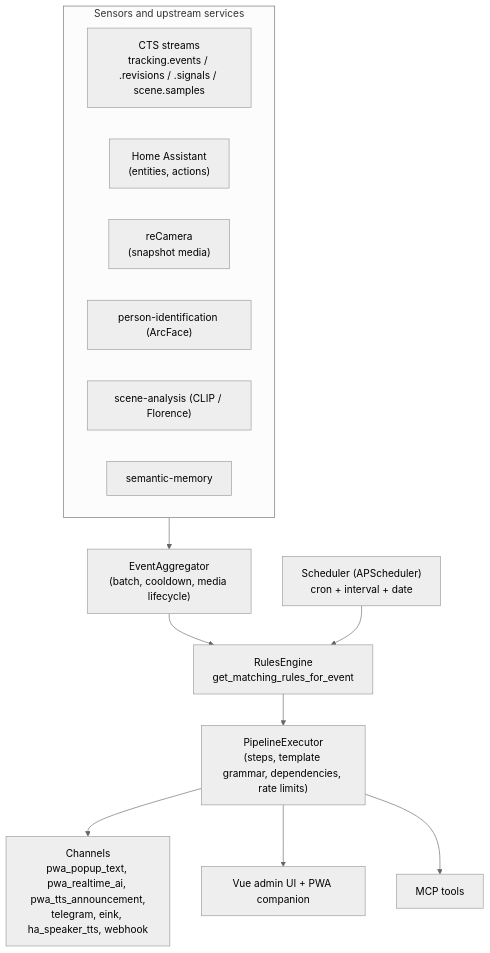
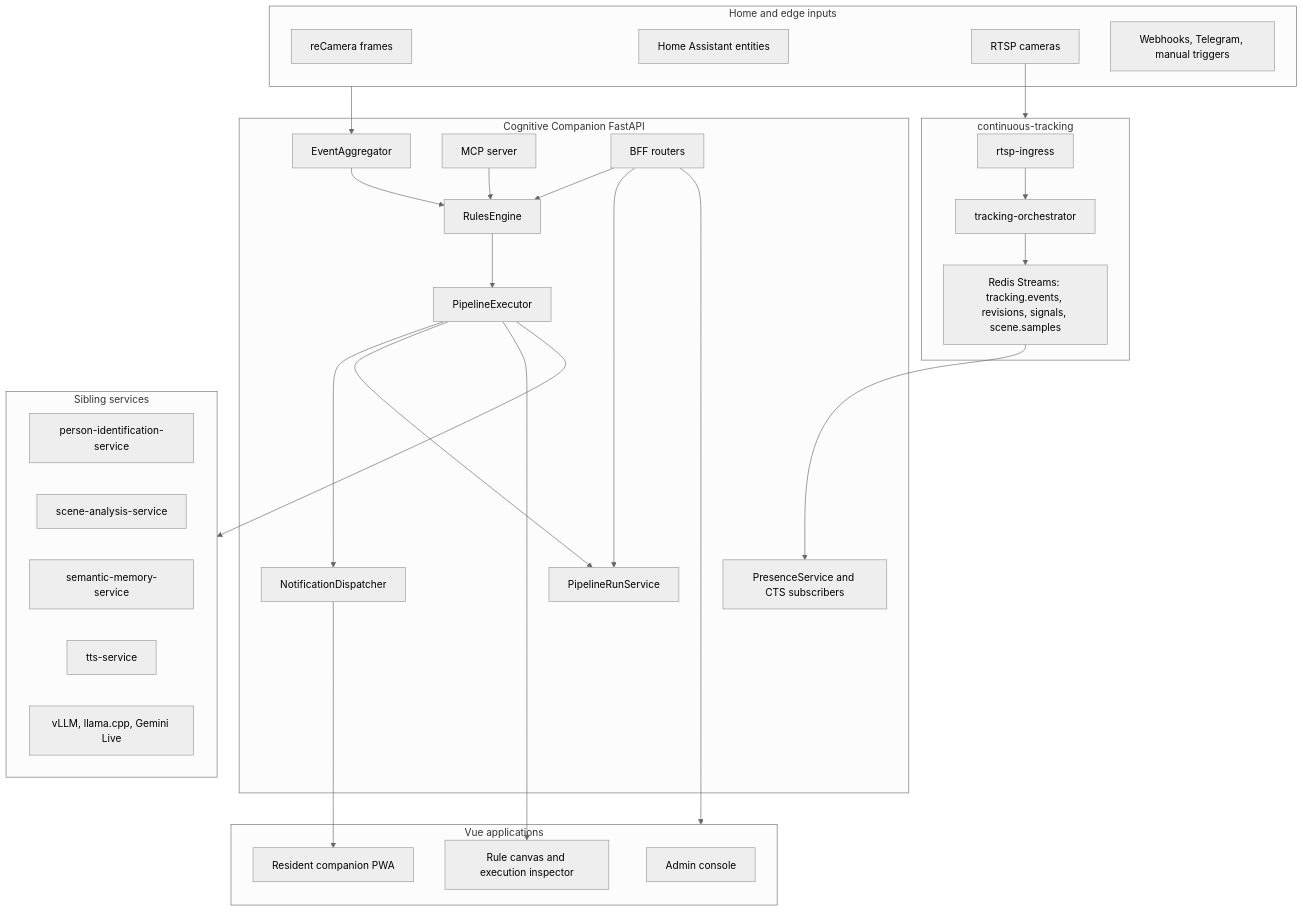
The diagram in docs/systems-architecture.md (SilverMind-Project/cognitive-companion), drawn with Mermaid (neutral theme) before and after one commit. The commit also changed other lines of this file and 176 other files, not shown here.

First line of the commit message:
Milestone M1: DAG Schema

````diff
--- a/docs/systems-architecture.md
+++ b/docs/systems-architecture.md
@@ -15,18 +9,54 @@
 ```mermaid
-flowchart TD
-  subgraph sensors["Sensors and upstream services"]
-    cts["CTS streams\ntracking.events / .revisions / .signals / scene.samples"]
-    ha["Home Assistant\n(entities, actions)"]
-    recam["reCamera\n(snapshot media)"]
-    pid["person-identification (ArcFace)"]
-    scene["scene-analysis (CLIP / Florence)"]
-    mem["semantic-memory"]
+flowchart TB
+  subgraph Edge["Home and edge inputs"]
+    reCamera["reCamera frames"]
+    HA["Home Assistant entities"]
+    RTSP["RTSP cameras"]
+    Webhook["Webhooks, Telegram, manual triggers"]
   end
-  sensors --> agg["EventAggregator\n(batch, cooldown, media lifecycle)"]
-  agg --> re["RulesEngine\nget_matching_rules_for_event"]
-  cron["Scheduler (APScheduler)\ncron + interval + date"] --> re
-  re --> pe["PipelineExecutor\n(steps, template grammar, dependencies, rate limits)"]
-  pe --> ch["Channels\npwa_popup_text, pwa_realtime_ai, pwa_tts_announcement,\ntelegram, eink, ha_speaker_tts, webhook"]
-  pe --> ui["Vue admin UI + PWA companion"]
-  pe --> mcp["MCP tools"]
+
+  subgraph CTS["continuous-tracking"]
+    Ingress["rtsp-ingress"]
+    Orchestrator["tracking-orchestrator"]
+    Streams["Redis Streams: tracking.events, revisions, signals, scene.samples"]
+    Ingress --> Orchestrator --> Streams
+  end
+
+  subgraph CC["Cognitive Companion FastAPI"]
+    Aggregator["EventAggregator"]
+    Rules["RulesEngine"]
+    Executor["PipelineExecutor"]
+    Runs["PipelineRunService"]
+    Presence["PresenceService and CTS subscribers"]
+    Dispatcher["NotificationDispatcher"]
+    MCP["MCP server"]
+    API["BFF routers"]
+    Aggregator --> Rules --> Executor --> Dispatcher
+    Executor --> Runs
+    Streams --> Presence
+    API --> Rules
+    API --> Runs
+    MCP --> Rules
+  end
+
+  subgraph UI["Vue applications"]
+    Admin["Admin console"]
+    Canvas["Rule canvas and execution inspector"]
+    PWA["Resident companion PWA"]
+  end
+
+  subgraph Services["Sibling services"]
+    PersonID["person-identification-service"]
+    Scene["scene-analysis-service"]
+    Memory["semantic-memory-service"]
+    TTS["tts-service"]
+    LLM["vLLM, llama.cpp, Gemini Live"]
+  end
+
+  Edge --> Aggregator
+  RTSP --> CTS
+  Executor --> Services
+  Dispatcher --> PWA
+  API --> UI
+  Executor --> Canvas
 ```
````
